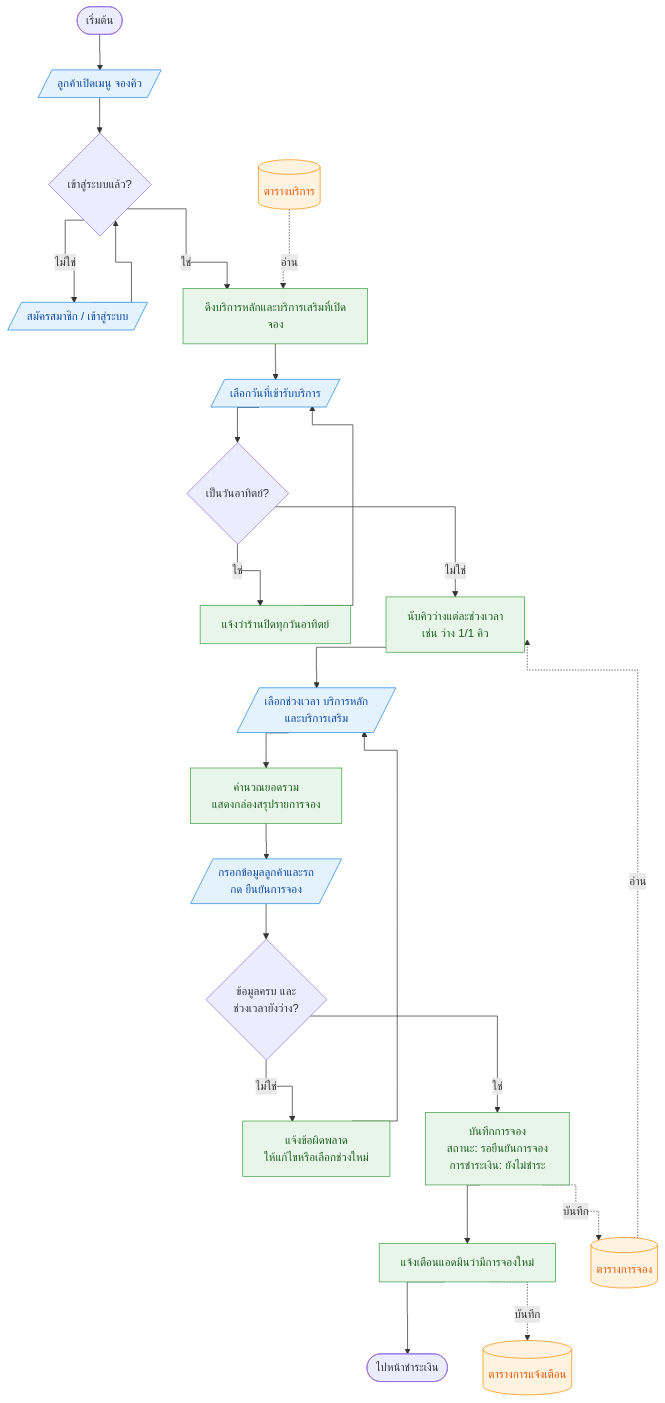
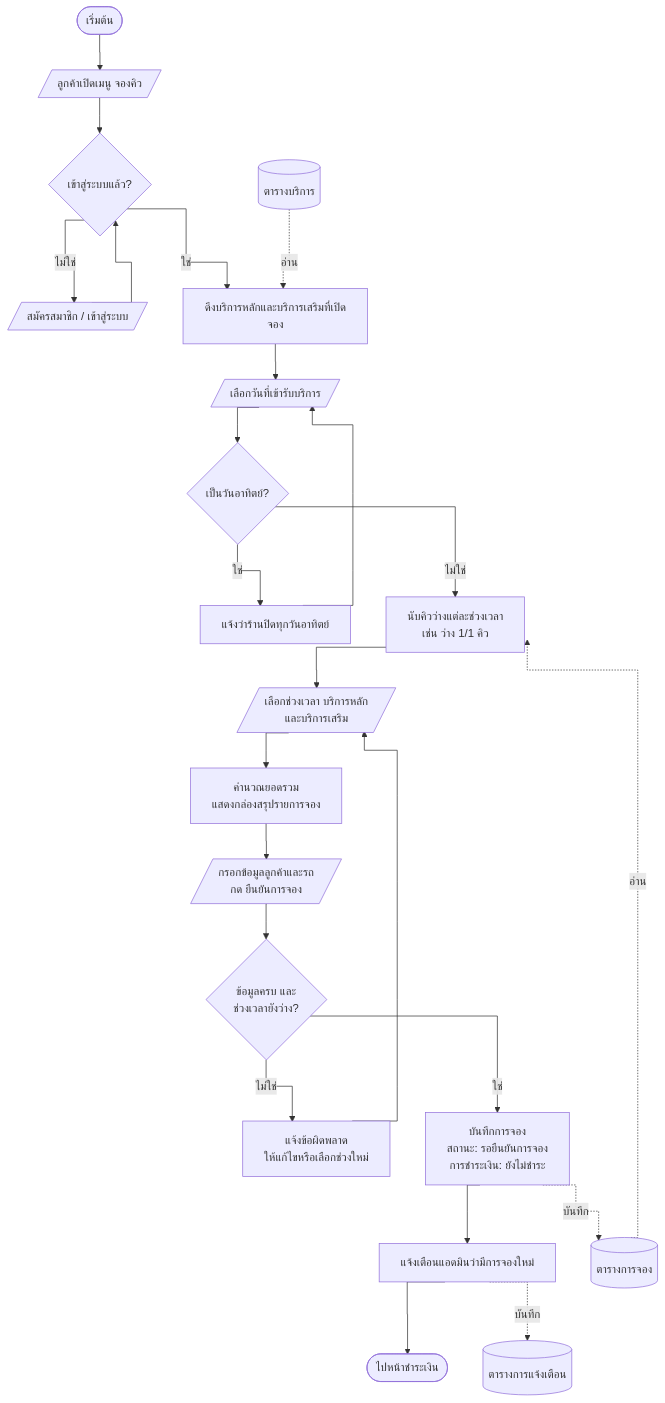
The fifth of 8 diagrams in README.md (Patipan26/Group22-CarWash-Queue), drawn with Mermaid before and after one commit. The commit also changed other lines of this file, not shown here.

````diff
--- a/README.md
+++ b/README.md
@@ -877,43 +877,33 @@
 ```mermaid
 %%{init: {"flowchart": {"curve": "stepAfter"}}}%%
 flowchart TD
     S([เริ่มต้น]) --> A1[/"ลูกค้าเปิดเมนู จองคิว"/]
     A1 --> L{"เข้าสู่ระบบแล้ว?"}
     L -->|ไม่ใช่| A0[/"สมัครสมาชิก / เข้าสู่ระบบ"/]
     A0 --> L
     L -->|ใช่| B1["ดึงบริการหลักและบริการเสริมที่เปิดจอง"]
     B1 --> A2[/"เลือกวันที่เข้ารับบริการ"/]
     A2 --> D1{"เป็นวันอาทิตย์?"}
     D1 -->|ใช่| B2["แจ้งว่าร้านปิดทุกวันอาทิตย์"]
     B2 --> A2
     D1 -->|ไม่ใช่| B3["นับคิวว่างแต่ละช่วงเวลา<br>เช่น ว่าง 1/1 คิว"]
     B3 --> A3[/"เลือกช่วงเวลา บริการหลัก<br>และบริการเสริม"/]
     A3 --> B4["คำนวณยอดรวม<br>แสดงกล่องสรุปรายการจอง"]
     B4 --> A4[/"กรอกข้อมูลลูกค้าและรถ<br>กด ยืนยันการจอง"/]
     A4 --> D2{"ข้อมูลครบ และ<br>ช่วงเวลายังว่าง?"}
     D2 -->|ไม่ใช่| B5["แจ้งข้อผิดพลาด<br>ให้แก้ไขหรือเลือกช่วงใหม่"]
     B5 --> A3
     D2 -->|ใช่| B6["บันทึกการจอง<br>สถานะ: รอยืนยันการจอง<br>การชำระเงิน: ยังไม่ชำระ"]
     B6 --> B7["แจ้งเตือนแอดมินว่ามีการจองใหม่"]
     B7 --> E([ไปหน้าชำระเงิน])
 
     DBS[("ตารางบริการ")]
     DBB[("ตารางการจอง")]
     DBN[("ตารางการแจ้งเตือน")]
     DBS -.->|อ่าน| B1
     DBB -.->|อ่าน| B3
     B6 -.->|บันทึก| DBB
     B7 -.->|บันทึก| DBN
 
-    class A0,A1,A2,A3,A4 cust
-    class B1,B2,B3,B4,B5,B6,B7 sys
-    class DBS,DBB,DBN db
-
-    classDef cust fill:#E3F2FD,stroke:#1E88E5,color:#0D47A1
-    classDef adm fill:#F3E5F5,stroke:#8E24AA,color:#4A148C
-    classDef sys fill:#E8F5E9,stroke:#43A047,color:#1B5E20
-    classDef db fill:#FFF3E0,stroke:#FB8C00,color:#E65100
-    classDef ext fill:#ECEFF1,stroke:#546E7A,color:#263238
-
     linkStyle default interpolate stepAfter
 ```
````
